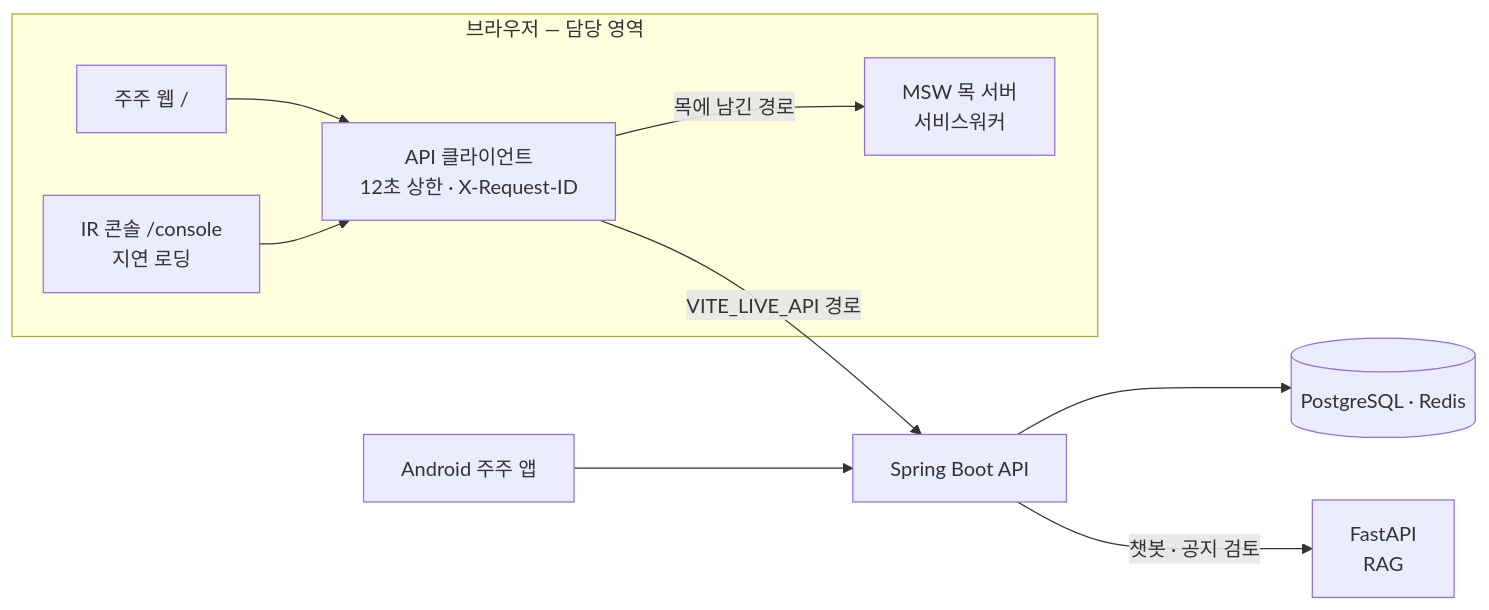
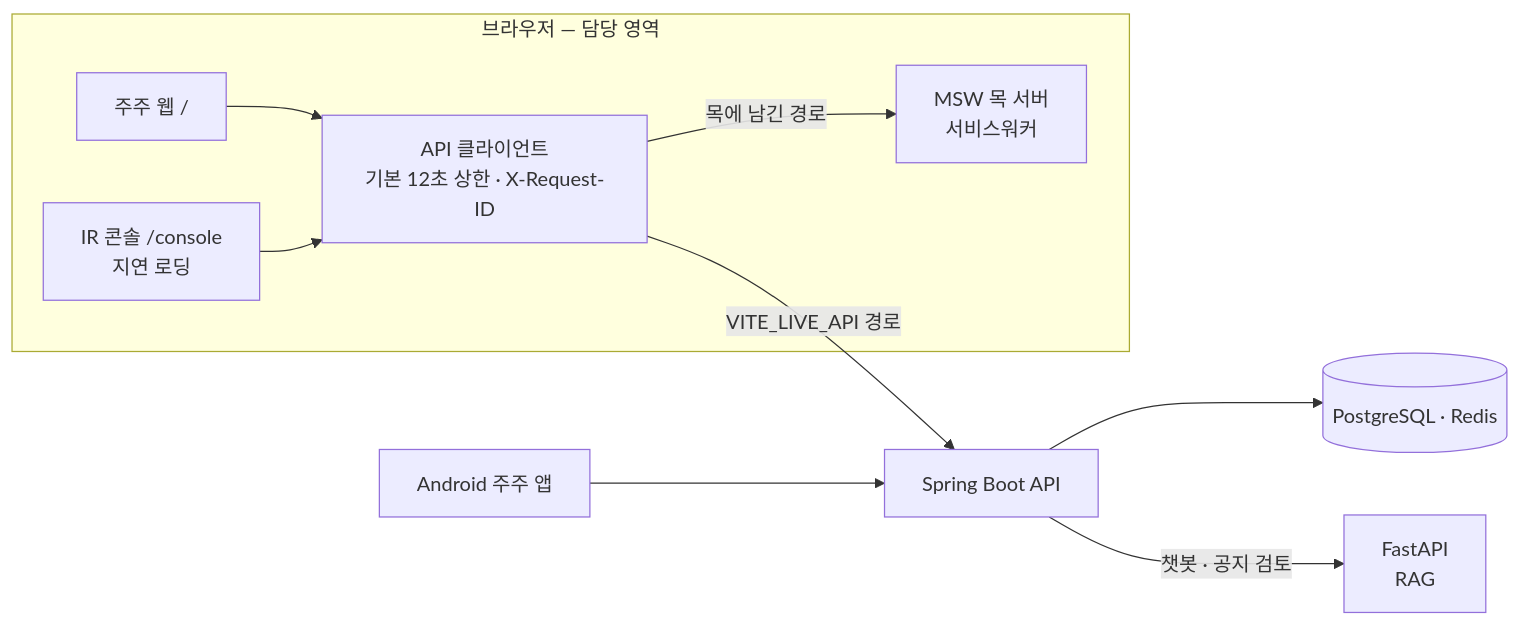
One commit to handongin1500/handongin1500 changed the first of 4 diagrams in README.md. Above: the diagram before and after it, drawn with Mermaid. The commit also changed other lines of this file and 1 other file, not shown here.

````diff
--- a/README.md
+++ b/README.md
@@ -167,16 +167,16 @@
 ```mermaid
 flowchart LR
   subgraph Browser["브라우저 — 담당 영역"]
     SH["주주 웹 /"]
     CO["IR 콘솔 /console<br/>지연 로딩"]
-    CL["API 클라이언트<br/>12초 상한 · X-Request-ID"]
+    CL["API 클라이언트<br/>기본 12초 상한 · X-Request-ID"]
     MSW["MSW 목 서버<br/>서비스워커"]
     SH --> CL
     CO --> CL
     CL -->|"목에 남긴 경로"| MSW
   end
   CL -->|"VITE_LIVE_API 경로"| BE["Spring Boot API"]
   BE --> DB[("PostgreSQL · Redis")]
   BE -->|"챗봇 · 공지 검토"| AI["FastAPI<br/>RAG"]
   AND["Android 주주 앱"] --> BE
 ```
````
